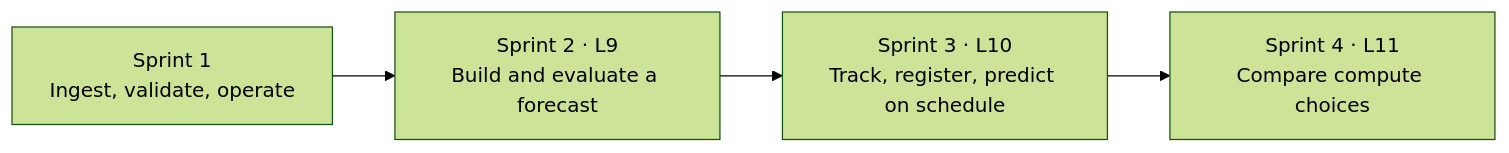
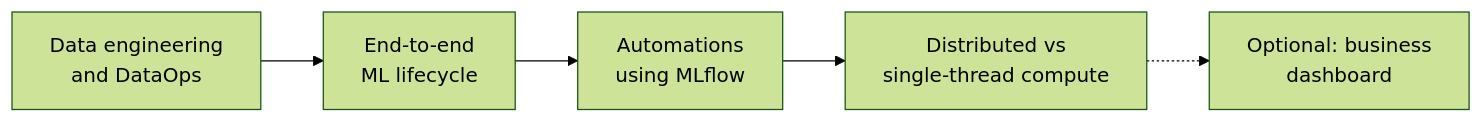
Before and after one commit to soloshun/market-data-ml-pipeline: the first of 2 diagrams in docs/ROADMAP.md, drawn with Mermaid (forest theme). The commit also changed other lines of this file and 2 other files, not shown here.

First line of the commit message:
docs(roadmap): name lectures and add optional dashboard sprint

````diff
--- a/docs/ROADMAP.md
+++ b/docs/ROADMAP.md
@@ -25,6 +26,7 @@
 ```mermaid
 flowchart LR
-    A["Sprint 1<br/>Ingest, validate, operate"] --> B["Sprint 2 · L9<br/>Build and evaluate a forecast"]
-    B --> C["Sprint 3 · L10<br/>Track, register, predict on schedule"]
-    C --> D["Sprint 4 · L11<br/>Compare compute choices"]
+    A["Data engineering<br/>and DataOps"] --> B["End-to-end<br/>ML lifecycle"]
+    B --> C["Automations<br/>using MLflow"]
+    C --> D["Distributed vs<br/>single-thread compute"]
+    D -.-> E["Optional: business<br/>dashboard"]
 ```
````
